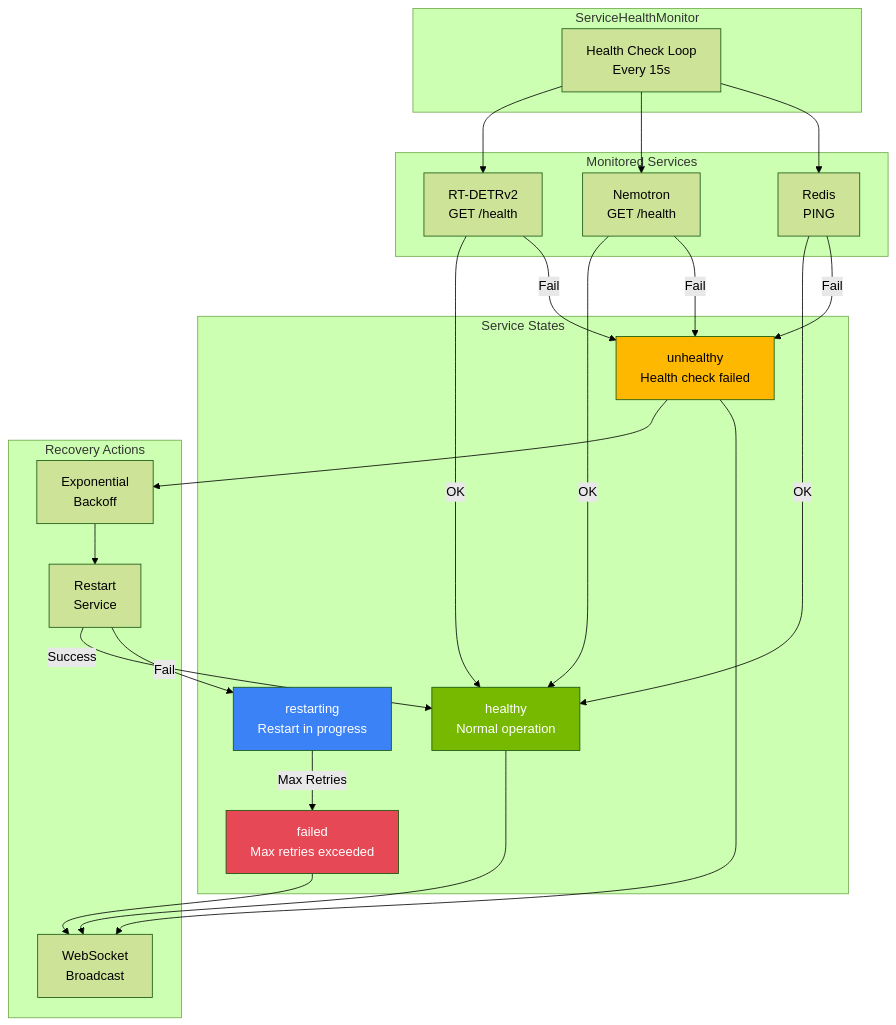
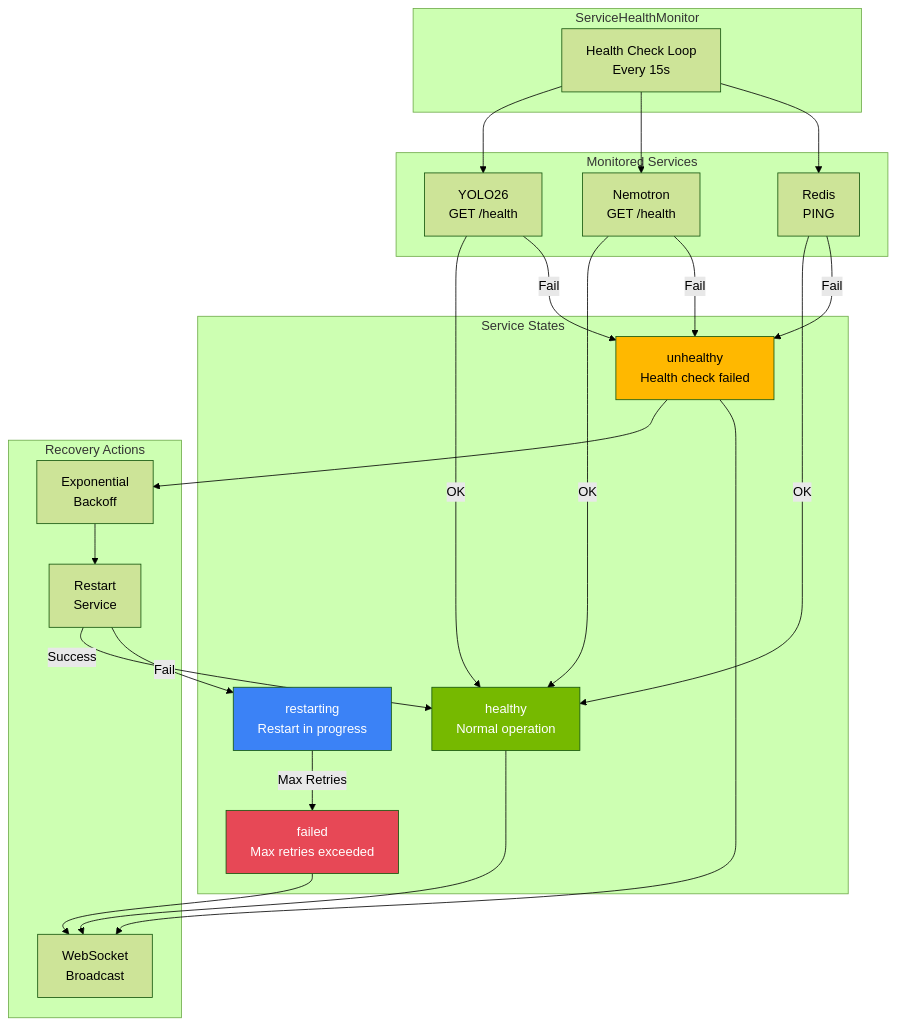
The sixth of 15 diagrams in docs/architecture/resilience.md (mikesvoboda/nemotron-v3-home-security-intelligence), drawn with Mermaid (forest theme) before and after one commit. The commit also changed other lines of this file and 474 other files, not shown here.

````diff
--- a/docs/architecture/resilience.md
+++ b/docs/architecture/resilience.md
@@ -481,47 +481,47 @@
 ```mermaid
 flowchart TB
     subgraph Monitor["ServiceHealthMonitor"]
         LOOP[Health Check Loop<br/>Every 15s]
     end
 
     subgraph Services["Monitored Services"]
-        S1[RT-DETRv2<br/>GET /health]
+        S1[YOLO26<br/>GET /health]
         S2[Nemotron<br/>GET /health]
         S3[Redis<br/>PING]
     end
 
     subgraph States["Service States"]
         HEALTHY[healthy<br/>Normal operation]
         UNHEALTHY[unhealthy<br/>Health check failed]
         RESTARTING[restarting<br/>Restart in progress]
         FAILED[failed<br/>Max retries exceeded]
     end
 
     subgraph Recovery["Recovery Actions"]
         BACKOFF[Exponential<br/>Backoff]
         RESTART[Restart<br/>Service]
         BROADCAST[WebSocket<br/>Broadcast]
     end
 
     LOOP --> S1
     LOOP --> S2
     LOOP --> S3
 
     S1 & S2 & S3 -->|OK| HEALTHY
     S1 & S2 & S3 -->|Fail| UNHEALTHY
 
     UNHEALTHY --> BACKOFF
     BACKOFF --> RESTART
     RESTART -->|Success| HEALTHY
     RESTART -->|Fail| RESTARTING
     RESTARTING -->|Max Retries| FAILED
 
     HEALTHY --> BROADCAST
     UNHEALTHY --> BROADCAST
     FAILED --> BROADCAST
 
     style HEALTHY fill:#76B900,color:#fff
     style UNHEALTHY fill:#FFB800,color:#000
     style FAILED fill:#E74856,color:#fff
     style RESTARTING fill:#3B82F6,color:#fff
 ```
````
